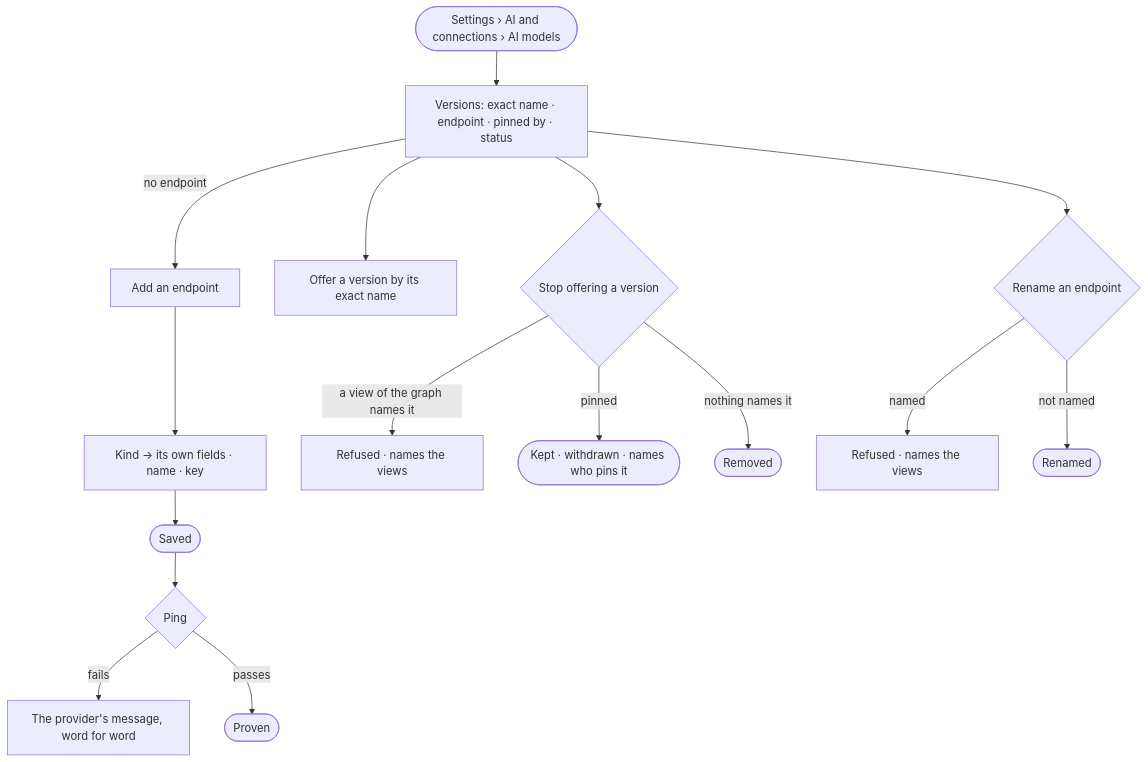
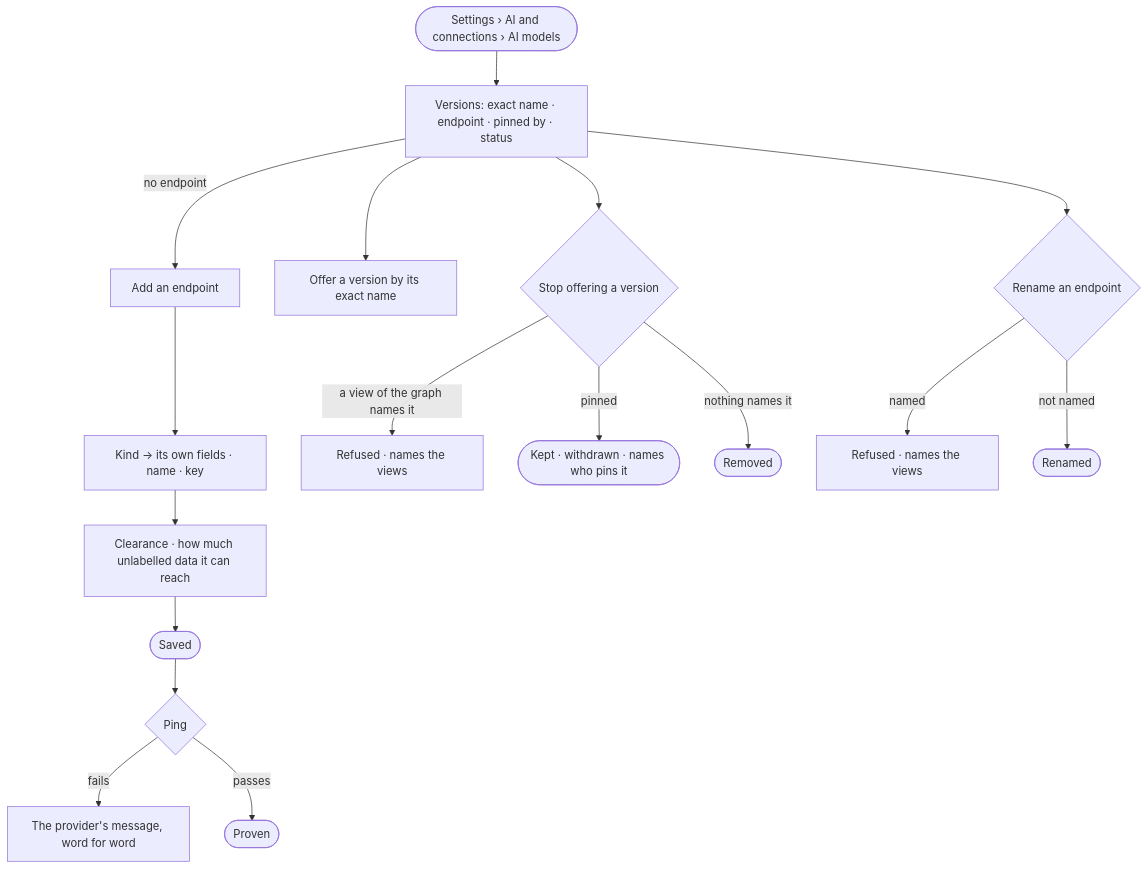
Before and after one commit to invana/invana: the diagram in specs/products/settings/features/ST-F05-ai-models/stories/ST-28-offer-the-model-versions-agents-may-pin/story.md, drawn with Mermaid. The commit also changed other lines of this file and 24 other files, not shown here.

````diff
--- a/specs/products/settings/features/ST-F05-ai-models/stories/ST-28-offer-the-model-versions-agents-may-pin/story.md
+++ b/specs/products/settings/features/ST-F05-ai-models/stories/ST-28-offer-the-model-versions-agents-may-pin/story.md
@@ -27,17 +27,17 @@
 ```mermaid
 flowchart TD
   s([Settings › AI and connections › AI models]) --> l["Versions: exact name · endpoint · pinned by · status"]
   l -->|no endpoint| e["Add an endpoint"]
   e --> k["Kind → its own fields · name · key"]
-  k --> sv(["Saved"]) --> p{"Ping"}
+  k --> cl["Clearance · how much unlabelled data it can reach"] --> sv(["Saved"]) --> p{"Ping"}
   p -->|fails| pf["The provider's message, word for word"]
   p -->|passes| ok(["Proven"])
   l --> of["Offer a version by its exact name"]
   l --> st{"Stop offering a version"}
   st -->|a view of the graph names it| rf["Refused · names the views"]
   st -->|pinned| nl(["Kept · withdrawn · names who pins it"])
   st -->|nothing names it| rm(["Removed"])
   l --> rn{"Rename an endpoint"}
   rn -->|named| rr["Refused · names the views"]
   rn -->|not named| rd(["Renamed"])
 ```
````
